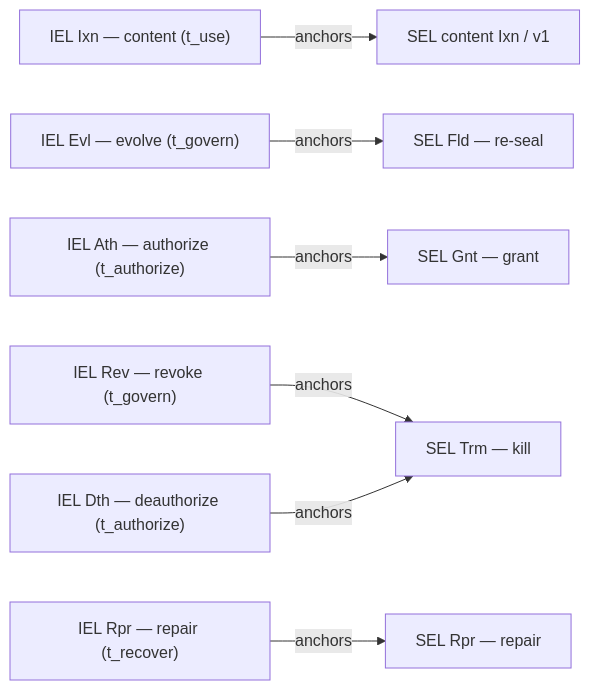
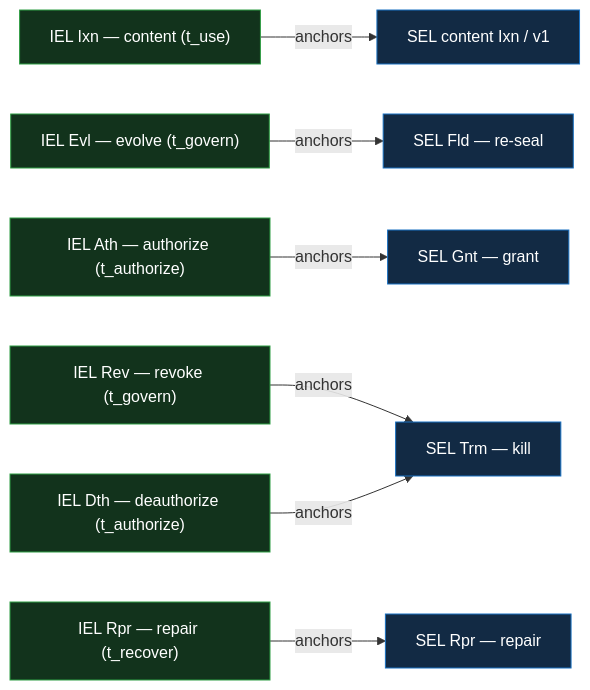
One commit to jasoncolburne/vdti changed the first of 4 diagrams in docs/design/primitives/data/event-logs/event-shape.md. Above: the diagram before and after it, drawn with Mermaid. The commit also changed other lines of this file and 13 other files, not shown here.

Commit message:
VDTI-10: Fix table, diagrams, other defects

````diff
--- a/docs/design/primitives/data/event-logs/event-shape.md
+++ b/docs/design/primitives/data/event-logs/event-shape.md
@@ -276,9 +304,11 @@
 ```mermaid
 flowchart LR
-  Ixn["IEL Ixn — content (t_use)"] -->|anchors| c["SEL content Ixn / v1"]
-  Evl["IEL Evl — evolve (t_govern)"] -->|anchors| Fld["SEL Fld — re-seal"]
-  Ath["IEL Ath — authorize (t_authorize)"] -->|anchors| Gnt["SEL Gnt — grant"]
-  Rev["IEL Rev — revoke (t_govern)"] -->|anchors| Trm["SEL Trm — kill"]
-  Dth["IEL Dth — deauthorize (t_authorize)"] -->|anchors| Trm
-  Rpr["IEL Rpr — repair (t_recover)"] -->|anchors| RprS["SEL Rpr — repair"]
+  Ixn["IEL Ixn — content (t_use)"]:::iel -->|anchors| c["SEL content Ixn / v1"]:::sel
+  Evl["IEL Evl — evolve (t_govern)"]:::iel -->|anchors| Fld["SEL Fld — re-seal"]:::sel
+  Ath["IEL Ath — authorize (t_authorize)"]:::iel -->|anchors| Gnt["SEL Gnt — grant"]:::sel
+  Rev["IEL Rev — revoke (t_govern)"]:::iel -->|anchors| Trm["SEL Trm — kill"]:::sel
+  Dth["IEL Dth — deauthorize (t_authorize)"]:::iel -->|anchors| Trm
+  Rpr["IEL Rpr — repair (t_recover)"]:::iel -->|anchors| RprS["SEL Rpr — repair"]:::sel
+  classDef iel fill:#12331c,stroke:#2f9e44,color:#fff
+  classDef sel fill:#122a44,stroke:#1971c2,color:#fff
 ```
````
